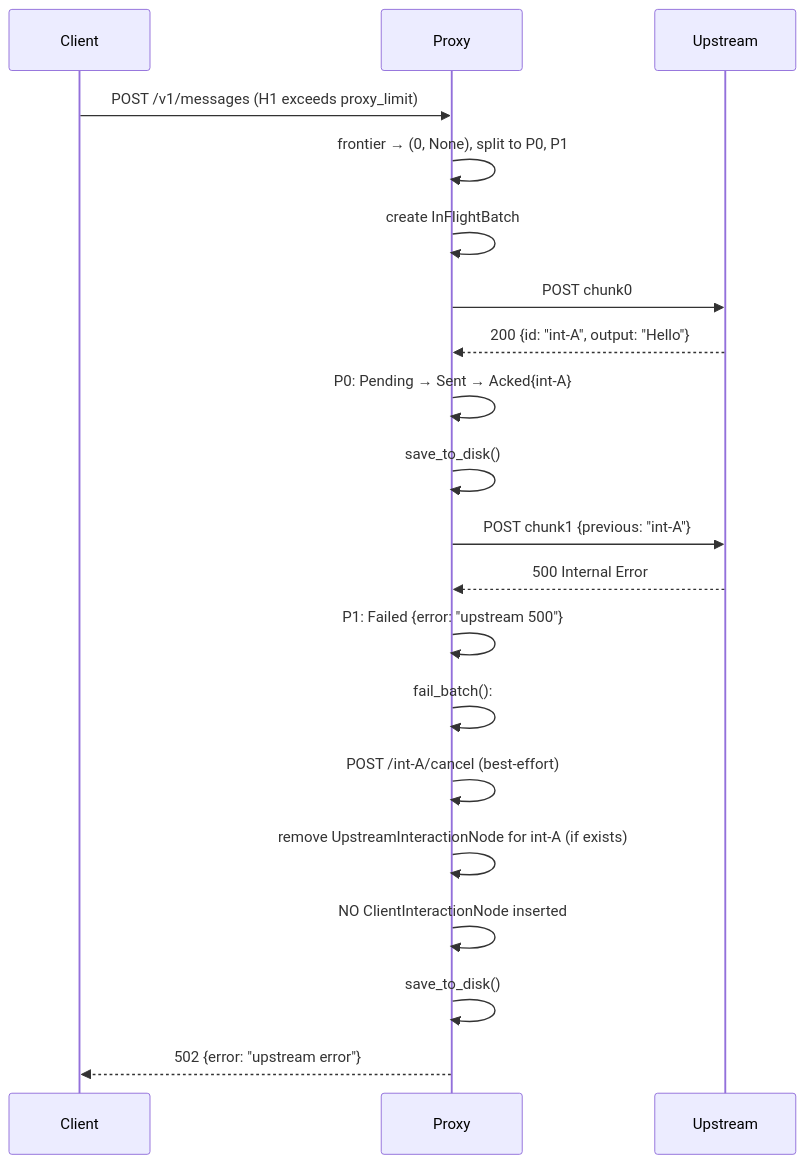
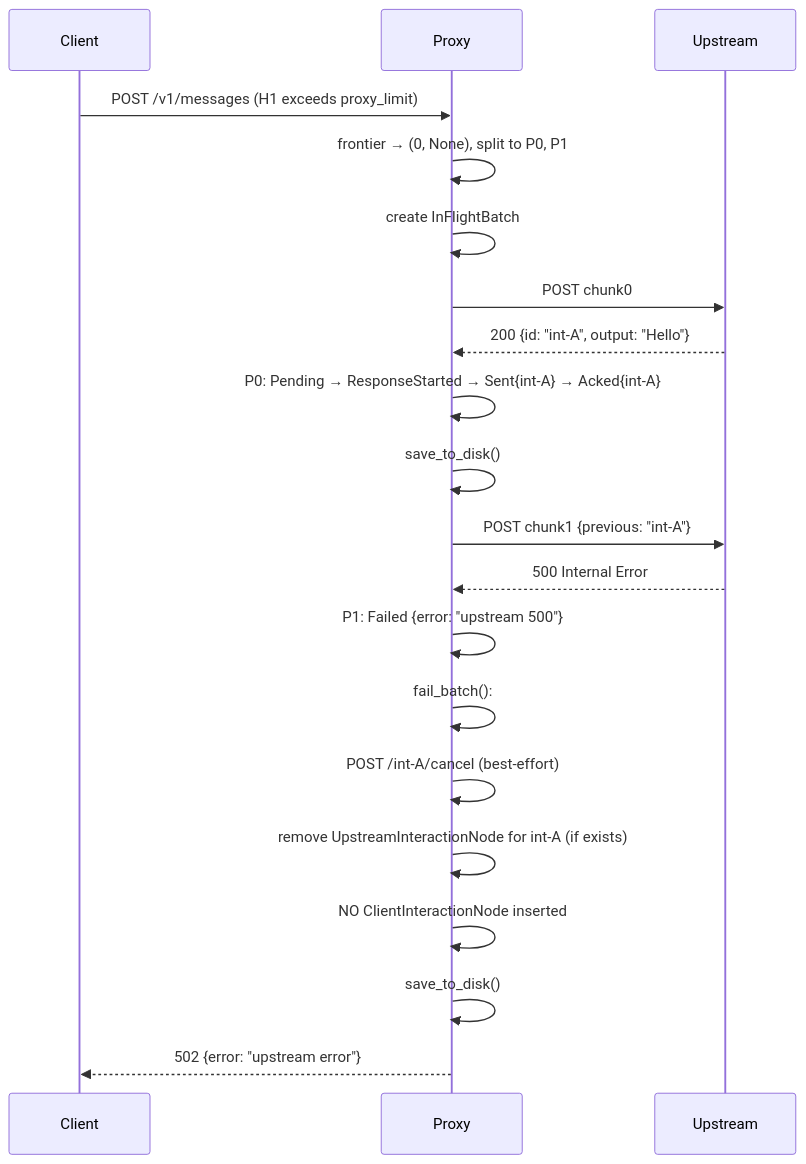
One commit to alexvas/inf-splitter changed the eighth of 12 diagrams in openspec/changes/redesign-session-state-model/specs/protocol-conversion_delta.md. Above: the diagram before and after it, drawn with Mermaid. The commit also changed other lines of this file and 4 other files, not shown here.

````diff
--- a/openspec/changes/redesign-session-state-model/specs/protocol-conversion_delta.md
+++ b/openspec/changes/redesign-session-state-model/specs/protocol-conversion_delta.md
@@ -378,26 +396,26 @@
 ```mermaid
 sequenceDiagram
     participant Client
     participant Proxy
     participant Upstream
 
     Client->>Proxy: POST /v1/messages (H1 exceeds proxy_limit)
     Proxy->>Proxy: frontier → (0, None), split to P0, P1
     Proxy->>Proxy: create InFlightBatch
 
     Proxy->>Upstream: POST chunk0
     Upstream-->>Proxy: 200 {id: "int-A", output: "Hello"}
-    Proxy->>Proxy: P0: Pending → Sent → Acked{int-A}
+    Proxy->>Proxy: P0: Pending → ResponseStarted → Sent{int-A} → Acked{int-A}
     Proxy->>Proxy: save_to_disk()
 
     Proxy->>Upstream: POST chunk1 {previous: "int-A"}
     Upstream-->>Proxy: 500 Internal Error
 
     Proxy->>Proxy: P1: Failed {error: "upstream 500"}
     Proxy->>Proxy: fail_batch():
     Proxy->>Proxy:   POST /int-A/cancel (best-effort)
     Proxy->>Proxy:   remove UpstreamInteractionNode for int-A (if exists)
     Proxy->>Proxy:   NO ClientInteractionNode inserted
     Proxy->>Proxy: save_to_disk()
     Proxy-->>Client: 502 {error: "upstream error"}
 ```
````
